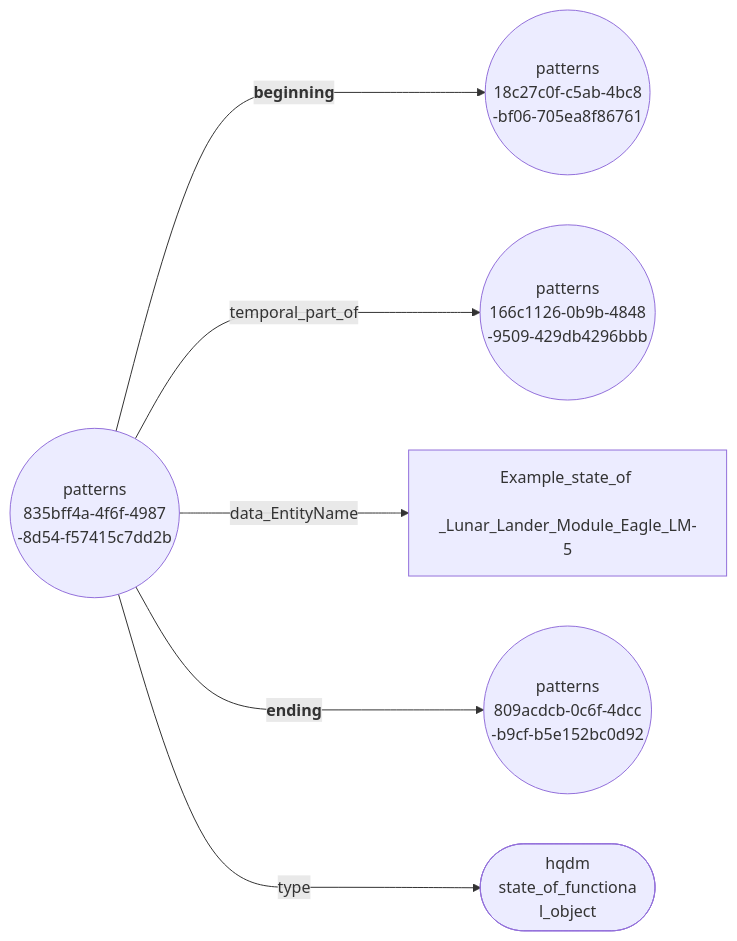
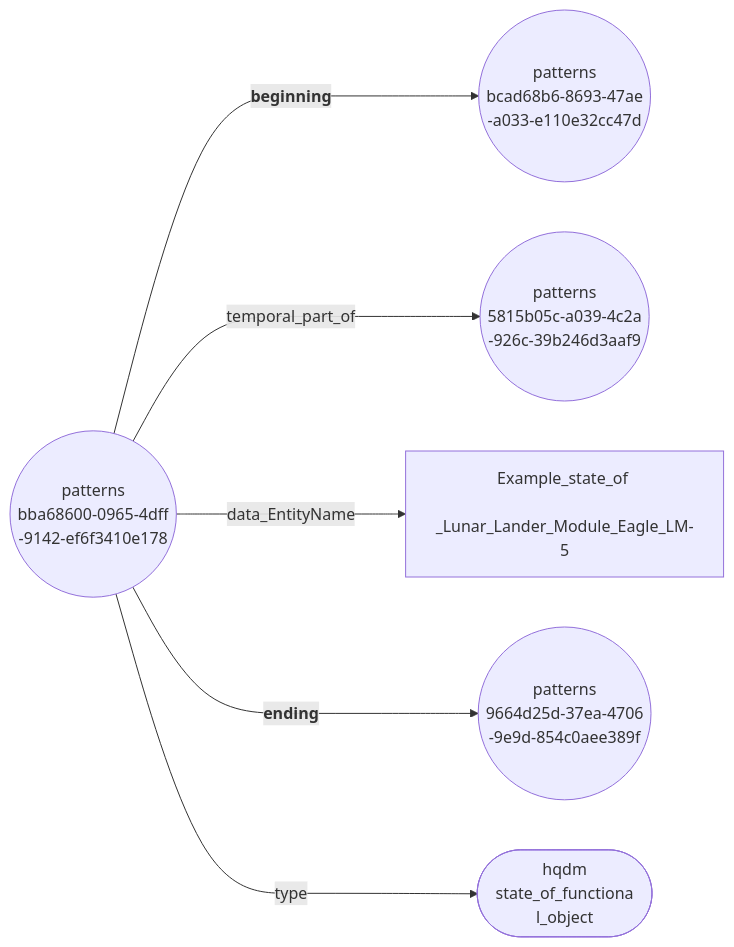
One commit to ClimbingAl/HqdmPatterns changed the diagram in docs/extras/example-files/orderEventsNodeEdgeGraph.mermaid. Above: the diagram before and after it, drawn with Mermaid. The commit also changed 50 other files, not shown here.

````diff
--- a/docs/extras/example-files/orderEventsNodeEdgeGraph.mermaid
+++ b/docs/extras/example-files/orderEventsNodeEdgeGraph.mermaid
@@ -1,8 +1,8 @@
 ``` mermaid
 graph LR
-  835bff4a-4f6f-4987-8d54-f57415c7dd2b(("patterns <br> 835bff4a-4f6f-4987 <br> -8d54-f57415c7dd2b"))--->|"<b> beginning"|18c27c0f-c5ab-4bc8-bf06-705ea8f86761(("patterns <br> 18c27c0f-c5ab-4bc8 <br> -bf06-705ea8f86761"));
-  835bff4a-4f6f-4987-8d54-f57415c7dd2b(("patterns <br> 835bff4a-4f6f-4987 <br> -8d54-f57415c7dd2b"))--->|"temporal_part_of"|166c1126-0b9b-4848-9509-429db4296bbb(("patterns <br> 166c1126-0b9b-4848 <br> -9509-429db4296bbb"));
-  835bff4a-4f6f-4987-8d54-f57415c7dd2b(("patterns <br> 835bff4a-4f6f-4987 <br> -8d54-f57415c7dd2b"))--->|"data_EntityName"|Example_state_of_Lunar_Lander_Module_Eagle_LM-5["Example_state_of <br> _Lunar_Lander_Module_Eagle_LM-5"];
-  835bff4a-4f6f-4987-8d54-f57415c7dd2b(("patterns <br> 835bff4a-4f6f-4987 <br> -8d54-f57415c7dd2b"))--->|"<b> ending"|809acdcb-0c6f-4dcc-b9cf-b5e152bc0d92(("patterns <br> 809acdcb-0c6f-4dcc <br> -b9cf-b5e152bc0d92"));
-  835bff4a-4f6f-4987-8d54-f57415c7dd2b(("patterns <br> 835bff4a-4f6f-4987 <br> -8d54-f57415c7dd2b"))--->|"type"|state_of_functional_object(["hqdm <br> state_of_functiona <br> l_object"]);
+  bba68600-0965-4dff-9142-ef6f3410e178(("patterns <br> bba68600-0965-4dff <br> -9142-ef6f3410e178"))--->|"<b> beginning"|bcad68b6-8693-47ae-a033-e110e32cc47d(("patterns <br> bcad68b6-8693-47ae <br> -a033-e110e32cc47d"));
+  bba68600-0965-4dff-9142-ef6f3410e178(("patterns <br> bba68600-0965-4dff <br> -9142-ef6f3410e178"))--->|"temporal_part_of"|5815b05c-a039-4c2a-926c-39b246d3aaf9(("patterns <br> 5815b05c-a039-4c2a <br> -926c-39b246d3aaf9"));
+  bba68600-0965-4dff-9142-ef6f3410e178(("patterns <br> bba68600-0965-4dff <br> -9142-ef6f3410e178"))--->|"data_EntityName"|Example_state_of_Lunar_Lander_Module_Eagle_LM-5["Example_state_of <br> _Lunar_Lander_Module_Eagle_LM-5"];
+  bba68600-0965-4dff-9142-ef6f3410e178(("patterns <br> bba68600-0965-4dff <br> -9142-ef6f3410e178"))--->|"<b> ending"|9664d25d-37ea-4706-9e9d-854c0aee389f(("patterns <br> 9664d25d-37ea-4706 <br> -9e9d-854c0aee389f"));
+  bba68600-0965-4dff-9142-ef6f3410e178(("patterns <br> bba68600-0965-4dff <br> -9142-ef6f3410e178"))--->|"type"|state_of_functional_object(["hqdm <br> state_of_functiona <br> l_object"]);
 ```
````
